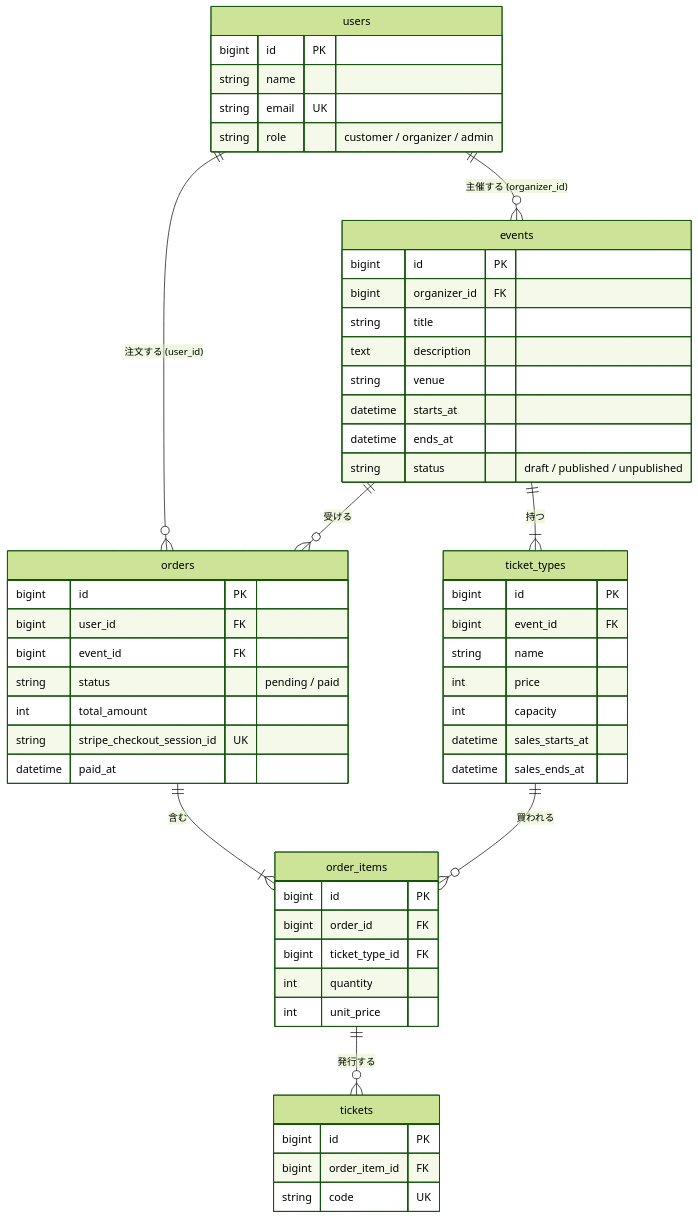
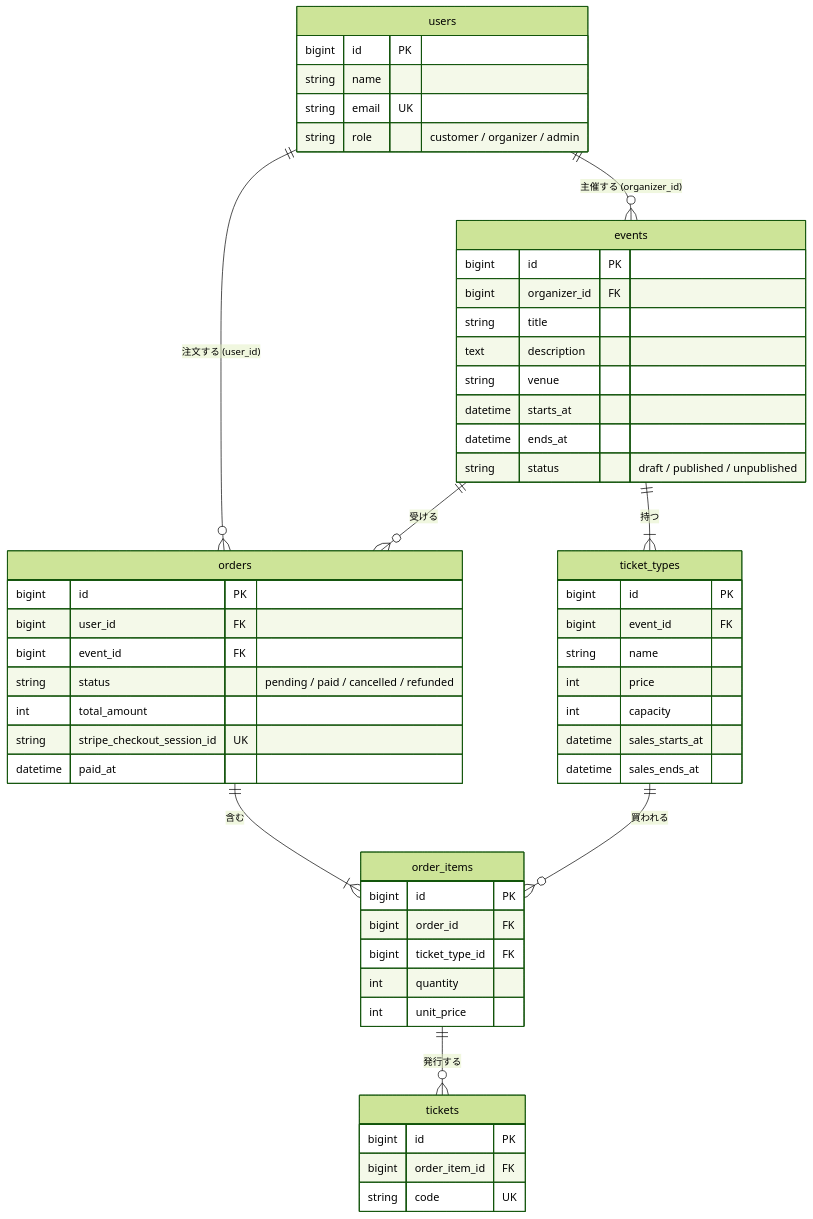
One commit to ryota-u-GF/ticket-app changed the diagram in doc/design/database.md. Above: the diagram before and after it, drawn with Mermaid (forest theme). The commit also changed other lines of this file and 27 other files, not shown here.

````diff
--- a/doc/design/database.md
+++ b/doc/design/database.md
@@ -5,57 +5,57 @@
 ```mermaid
 erDiagram
     users ||--o{ events : "主催する (organizer_id)"
     users ||--o{ orders : "注文する (user_id)"
     events ||--|{ ticket_types : "持つ"
     events ||--o{ orders : "受ける"
     orders ||--|{ order_items : "含む"
     ticket_types ||--o{ order_items : "買われる"
     order_items ||--o{ tickets : "発行する"
 
     users {
         bigint id PK
         string name
         string email UK
         string role "customer / organizer / admin"
     }
     events {
         bigint id PK
         bigint organizer_id FK
         string title
         text description
         string venue
         datetime starts_at
         datetime ends_at
         string status "draft / published / unpublished"
     }
     ticket_types {
         bigint id PK
         bigint event_id FK
         string name
         int price
         int capacity
         datetime sales_starts_at
         datetime sales_ends_at
     }
     orders {
         bigint id PK
         bigint user_id FK
         bigint event_id FK
-        string status "pending / paid"
+        string status "pending / paid / cancelled / refunded"
         int total_amount
         string stripe_checkout_session_id UK
         datetime paid_at
     }
     order_items {
         bigint id PK
         bigint order_id FK
         bigint ticket_type_id FK
         int quantity
         int unit_price
     }
     tickets {
         bigint id PK
         bigint order_item_id FK
         string code UK
     }
 ```
````
